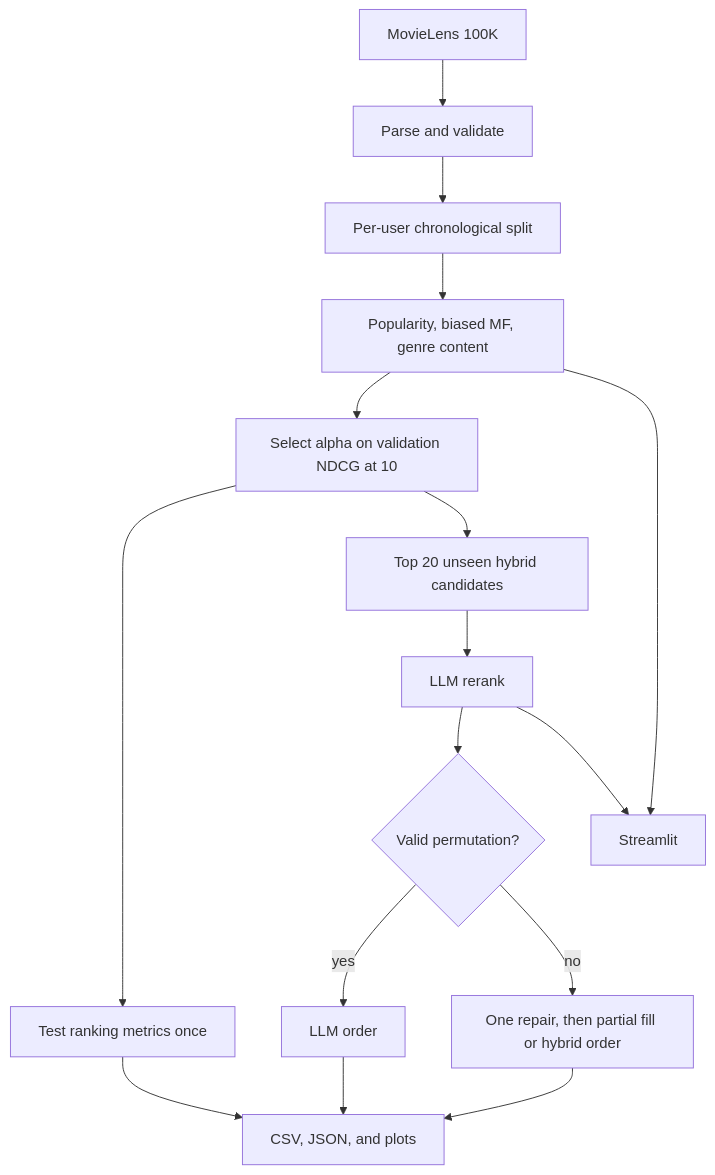
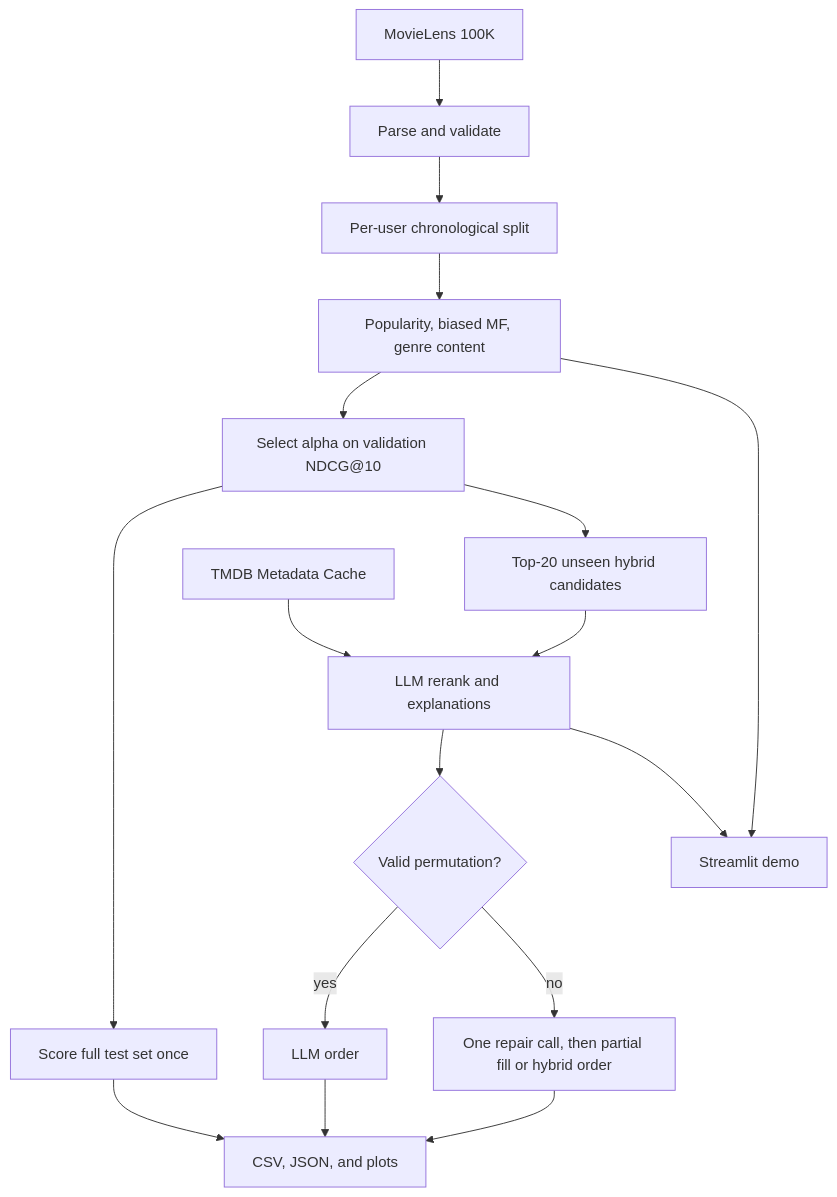
Before and after one commit to sarrrthakkk/movie-recommendation-system: the diagram in README.md, drawn with Mermaid. The commit also changed other lines of this file, not shown here.

Commit message:
docs: update README with team, architecture, and evaluation results

````diff
--- a/README.md
+++ b/README.md
@@ -24,18 +30,19 @@
 ```mermaid
 flowchart TD
   A[MovieLens 100K] --> B[Parse and validate]
   B --> C[Per-user chronological split]
   C --> D[Popularity, biased MF, genre content]
-  D --> E[Select alpha on validation NDCG at 10]
-  E --> F[Test ranking metrics once]
-  E --> G[Top 20 unseen hybrid candidates]
-  G --> H[LLM rerank]
+  D --> E[Select alpha on validation NDCG@10]
+  E --> F[Score full test set once]
+  E --> G[Top-20 unseen hybrid candidates]
+  T[TMDB Metadata Cache] --> H[LLM rerank and explanations]
+  G --> H
   H --> I{Valid permutation?}
   I -->|yes| J[LLM order]
-  I -->|no| K[One repair, then partial fill or hybrid order]
+  I -->|no| K[One repair call, then partial fill or hybrid order]
   F --> L[CSV, JSON, and plots]
   J --> L
   K --> L
-  D --> M[Streamlit]
+  D --> M[Streamlit demo]
   H --> M
 ```
````
